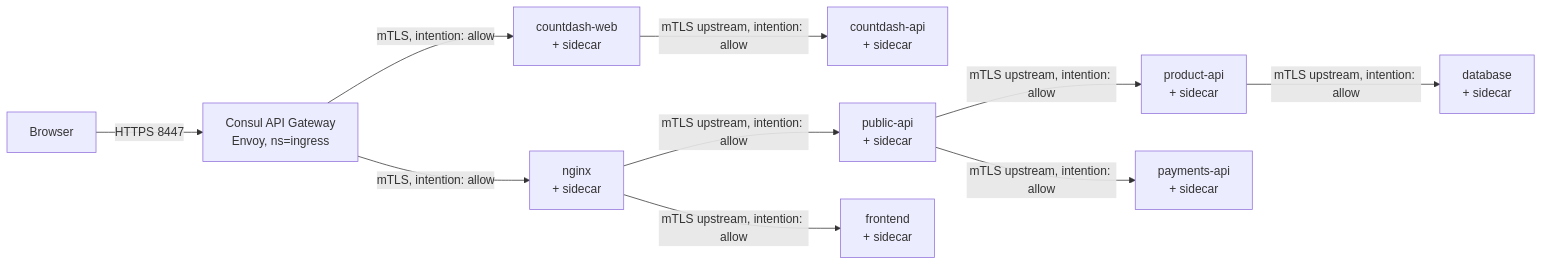
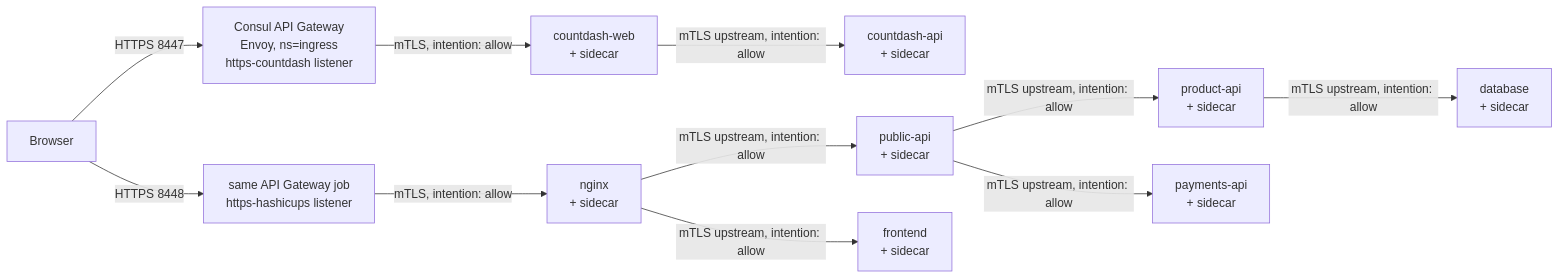
One commit to hashicorp-education/nomad-infrastructure changed the first of 2 diagrams in _context/wiki/consul-service-mesh-plan.md. Above: the diagram before and after it, drawn with Mermaid. The commit also changed other lines of this file and 15 other files, not shown here.

````diff
--- a/_context/wiki/consul-service-mesh-plan.md
+++ b/_context/wiki/consul-service-mesh-plan.md
@@ -86,12 +86,13 @@
 ```mermaid
 flowchart LR
-    Browser -->|HTTPS 8447| GW[Consul API Gateway<br/>Envoy, ns=ingress]
+    Browser -->|HTTPS 8447| GW[Consul API Gateway<br/>Envoy, ns=ingress<br/>https-countdash listener]
+    Browser -->|HTTPS 8448| GW2[same API Gateway job<br/>https-hashicups listener]
     GW -->|mTLS, intention: allow| CDW[countdash-web<br/>+ sidecar]
-    GW -->|mTLS, intention: allow| NGX[nginx<br/>+ sidecar]
+    GW2 -->|mTLS, intention: allow| NGX[nginx<br/>+ sidecar]
     CDW -->|mTLS upstream, intention: allow| CDA[countdash-api<br/>+ sidecar]
     NGX -->|mTLS upstream, intention: allow| PUB[public-api<br/>+ sidecar]
     PUB -->|mTLS upstream, intention: allow| PROD[product-api<br/>+ sidecar]
     PUB -->|mTLS upstream, intention: allow| PAY[payments-api<br/>+ sidecar]
     PROD -->|mTLS upstream, intention: allow| DB[database<br/>+ sidecar]
     NGX -->|mTLS upstream, intention: allow| FE[frontend<br/>+ sidecar]
 ```
````
